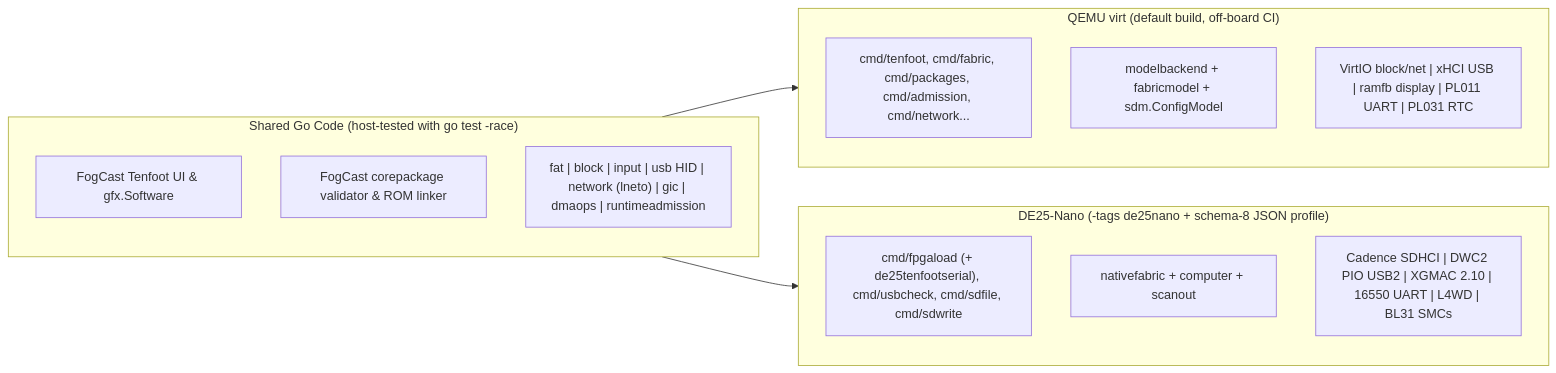
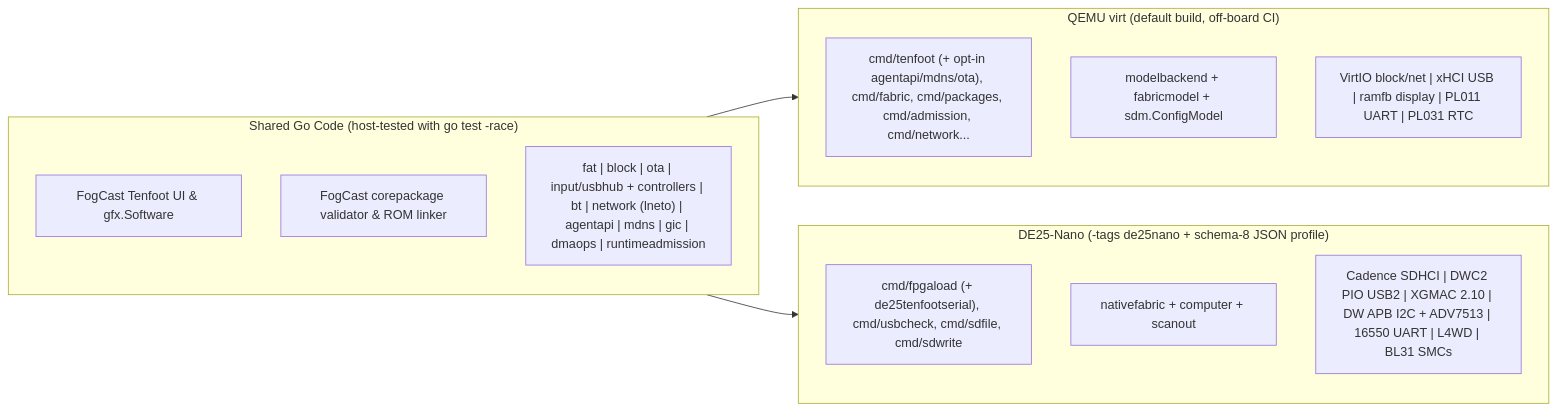
Before and after one commit to DeanoC/fes: the fourth of 4 diagrams in platform/embedded/ARCHITECTURE.md, drawn with Mermaid. The commit also changed other lines of this file and 1 other file, not shown here.

First line of the commit message:
docs(tamago): refresh embedded architecture and README for BT, OTA, mDNS, agentapi, and I2C/ADV7513 (#2392)

````diff
--- a/platform/embedded/ARCHITECTURE.md
+++ b/platform/embedded/ARCHITECTURE.md
@@ -219,23 +222,23 @@
 ```mermaid
 flowchart LR
   subgraph Shared["Shared Go Code (host-tested with go test -race)"]
     S1["FogCast Tenfoot UI & gfx.Software"]
     S2["FogCast corepackage validator & ROM linker"]
-    S3["fat | block | input | usb HID | network (lneto) | gic | dmaops | runtimeadmission"]
+    S3["fat | block | ota | input/usbhub + controllers | bt | network (lneto) | agentapi | mdns | gic | dmaops | runtimeadmission"]
   end
 
   subgraph QEMU["QEMU virt (default build, off-board CI)"]
-    Q1["cmd/tenfoot, cmd/fabric, cmd/packages, cmd/admission, cmd/network..."]
+    Q1["cmd/tenfoot (+ opt-in agentapi/mdns/ota), cmd/fabric, cmd/packages, cmd/admission, cmd/network..."]
     Q2["modelbackend + fabricmodel + sdm.ConfigModel"]
     Q3["VirtIO block/net | xHCI USB | ramfb display | PL011 UART | PL031 RTC"]
   end
 
   subgraph Nano["DE25-Nano (-tags de25nano + schema-8 JSON profile)"]
     N1["cmd/fpgaload (+ de25tenfootserial), cmd/usbcheck, cmd/sdfile, cmd/sdwrite"]
     N2["nativefabric + computer + scanout"]
-    N3["Cadence SDHCI | DWC2 PIO USB2 | XGMAC 2.10 | 16550 UART | L4WD | BL31 SMCs"]
+    N3["Cadence SDHCI | DWC2 PIO USB2 | XGMAC 2.10 | DW APB I2C + ADV7513 | 16550 UART | L4WD | BL31 SMCs"]
   end
 
   Shared --> QEMU
   Shared --> Nano
 ```
````
